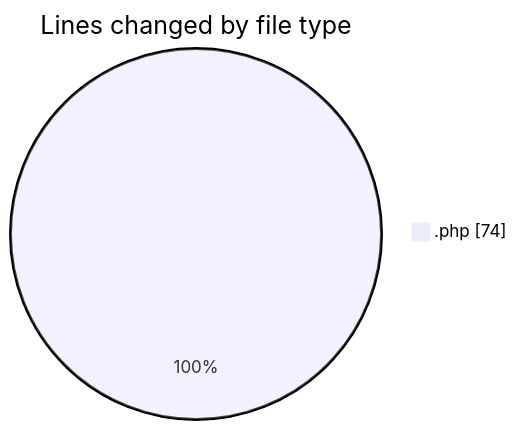
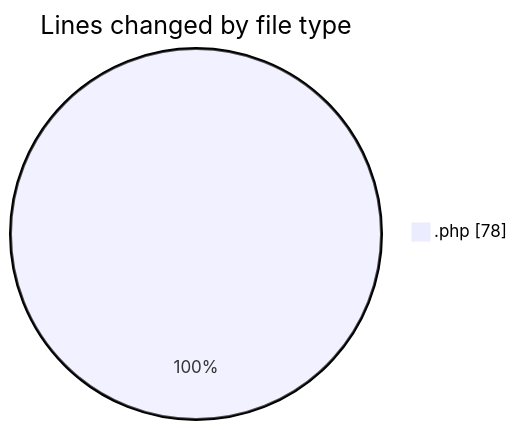
One commit to LanceThiago/code-tracking changed the first of 2 diagrams in 2025-03-17/web/README.md. Above: the diagram before and after it, drawn with Mermaid. The commit also changed other lines of this file and 1 other file, not shown here.

````diff
--- a/2025-03-17/web/README.md
+++ b/2025-03-17/web/README.md
@@ -21,5 +21,5 @@
 ```mermaid
 pie showData
 title Lines changed by file type
-".php" : 74
+".php" : 78
 ```
````
